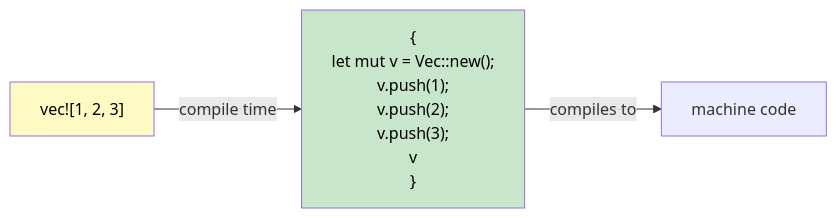
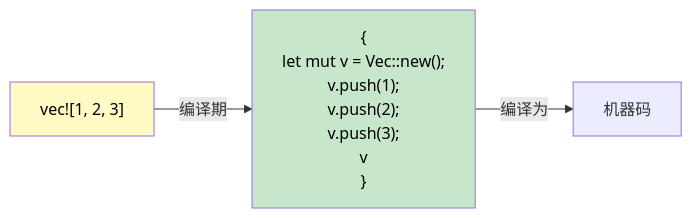
Before and after one commit to xiaofengoop/rust-for-csharp-programmers-zh-cn: the diagram in zh-cn/csharp-book/src/ch12-1-macros-primer.md, drawn with Mermaid. The commit also changed other lines of this file and 38 other files, not shown here.

````diff
--- a/zh-cn/csharp-book/src/ch12-1-macros-primer.md
+++ b/zh-cn/csharp-book/src/ch12-1-macros-primer.md
@@ -12,14 +15,14 @@
 ```mermaid
 graph LR
-    SRC["vec![1, 2, 3]"] -->|"compile time"| EXP["{
+    SRC["vec![1, 2, 3]"] -->|"编译期"| EXP["{
   let mut v = Vec::new();
   v.push(1);
   v.push(2);
   v.push(3);
   v
 }"]
-    EXP -->|"compiles to"| BIN["machine code"]
+    EXP -->|"编译为"| BIN["机器码"]
 
     style SRC fill:#fff9c4,color:#000
     style EXP fill:#c8e6c9,color:#000
 ```
````
